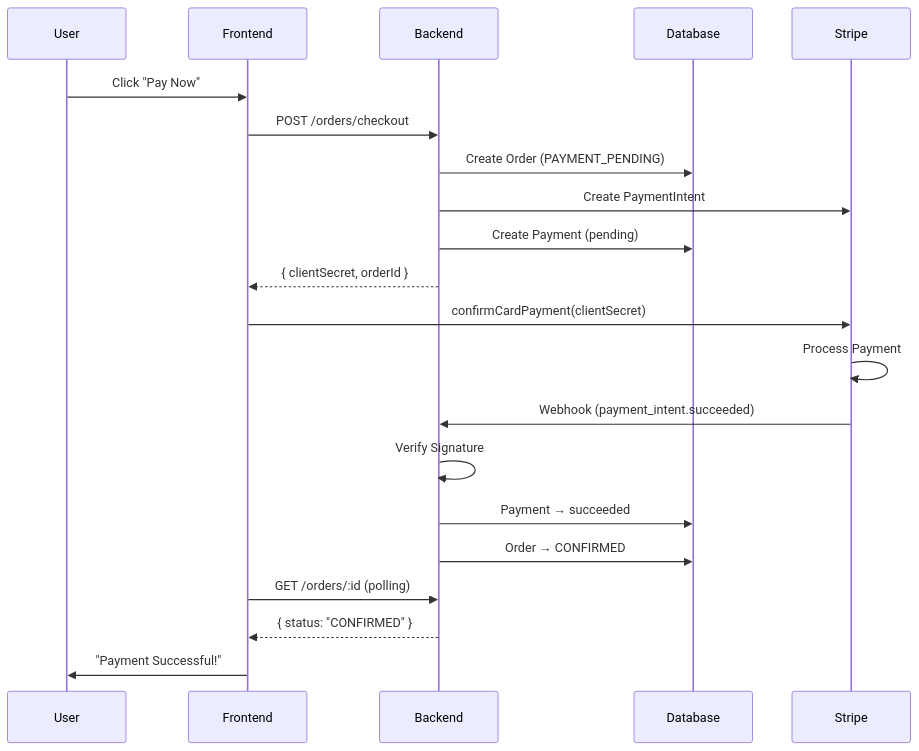
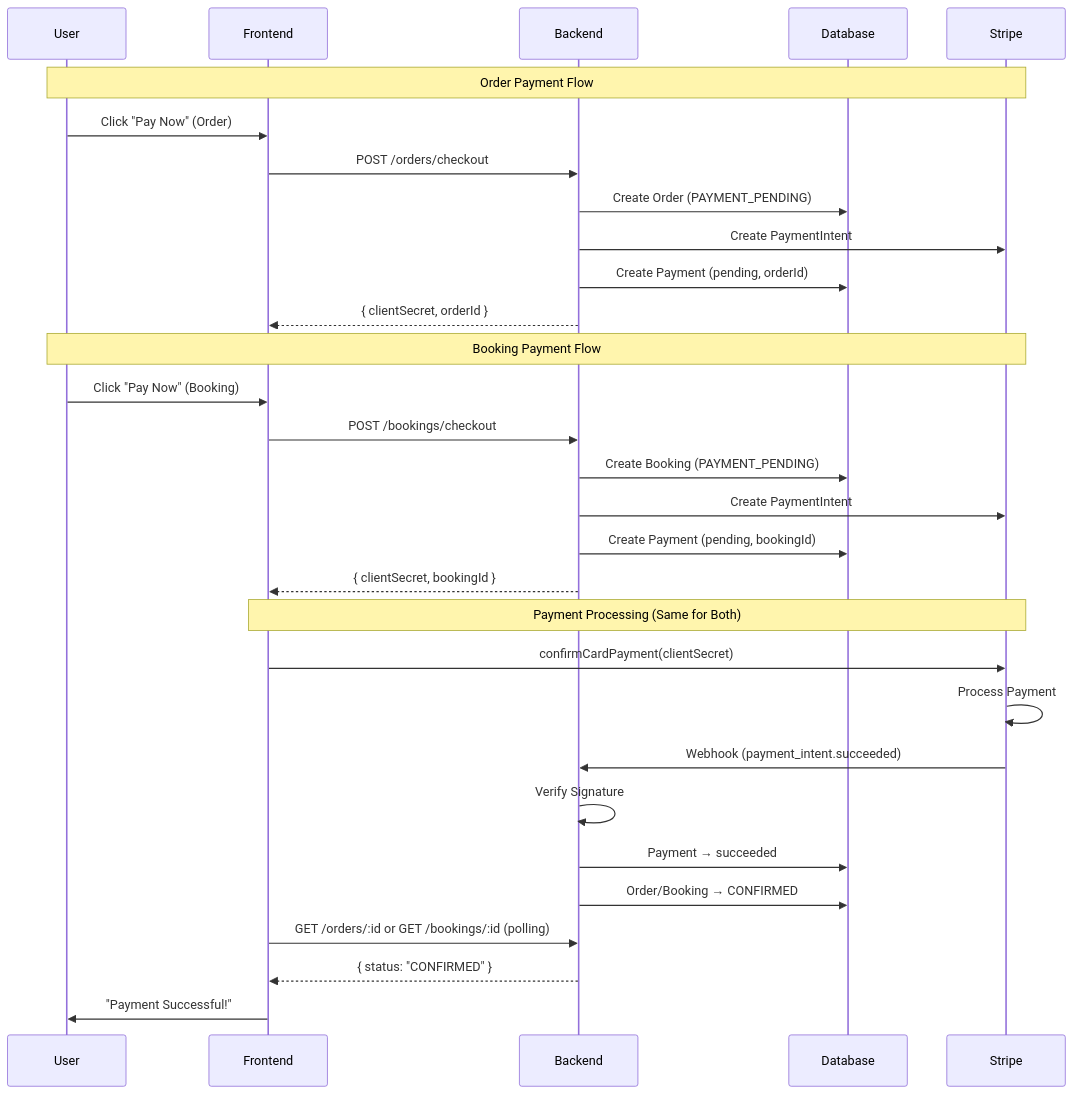
The diagram in ai-docs/internal-documentation/STRIPE_PAYMENT_ARCHITECTURE.md (LegitFR/ProBeauty-Backend), drawn with Mermaid before and after one commit. The commit also changed other lines of this file and 8 other files, not shown here.

Commit message:
feat: Implement booking functionality with Stripe payment integration, including booking status management and payment retrieval

````diff
--- a/ai-docs/internal-documentation/STRIPE_PAYMENT_ARCHITECTURE.md
+++ b/ai-docs/internal-documentation/STRIPE_PAYMENT_ARCHITECTURE.md
@@ -30,27 +33,37 @@
 ```mermaid
 sequenceDiagram
     participant User
     participant Frontend
     participant Backend
     participant Database
     participant Stripe
 
-    User->>Frontend: Click "Pay Now"
+    Note over User,Stripe: Order Payment Flow
+    User->>Frontend: Click "Pay Now" (Order)
     Frontend->>Backend: POST /orders/checkout
     Backend->>Database: Create Order (PAYMENT_PENDING)
     Backend->>Stripe: Create PaymentIntent
-    Backend->>Database: Create Payment (pending)
+    Backend->>Database: Create Payment (pending, orderId)
     Backend-->>Frontend: { clientSecret, orderId }
 
+    Note over User,Stripe: Booking Payment Flow
+    User->>Frontend: Click "Pay Now" (Booking)
+    Frontend->>Backend: POST /bookings/checkout
+    Backend->>Database: Create Booking (PAYMENT_PENDING)
+    Backend->>Stripe: Create PaymentIntent
+    Backend->>Database: Create Payment (pending, bookingId)
+    Backend-->>Frontend: { clientSecret, bookingId }
+
+    Note over Frontend,Stripe: Payment Processing (Same for Both)
     Frontend->>Stripe: confirmCardPayment(clientSecret)
     Stripe->>Stripe: Process Payment
-    
+
     Stripe->>Backend: Webhook (payment_intent.succeeded)
     Backend->>Backend: Verify Signature
     Backend->>Database: Payment → succeeded
-    Backend->>Database: Order → CONFIRMED
-    
-    Frontend->>Backend: GET /orders/:id (polling)
+    Backend->>Database: Order/Booking → CONFIRMED
+
+    Frontend->>Backend: GET /orders/:id or GET /bookings/:id (polling)
     Backend-->>Frontend: { status: "CONFIRMED" }
     Frontend->>User: "Payment Successful!"
 ```
````
